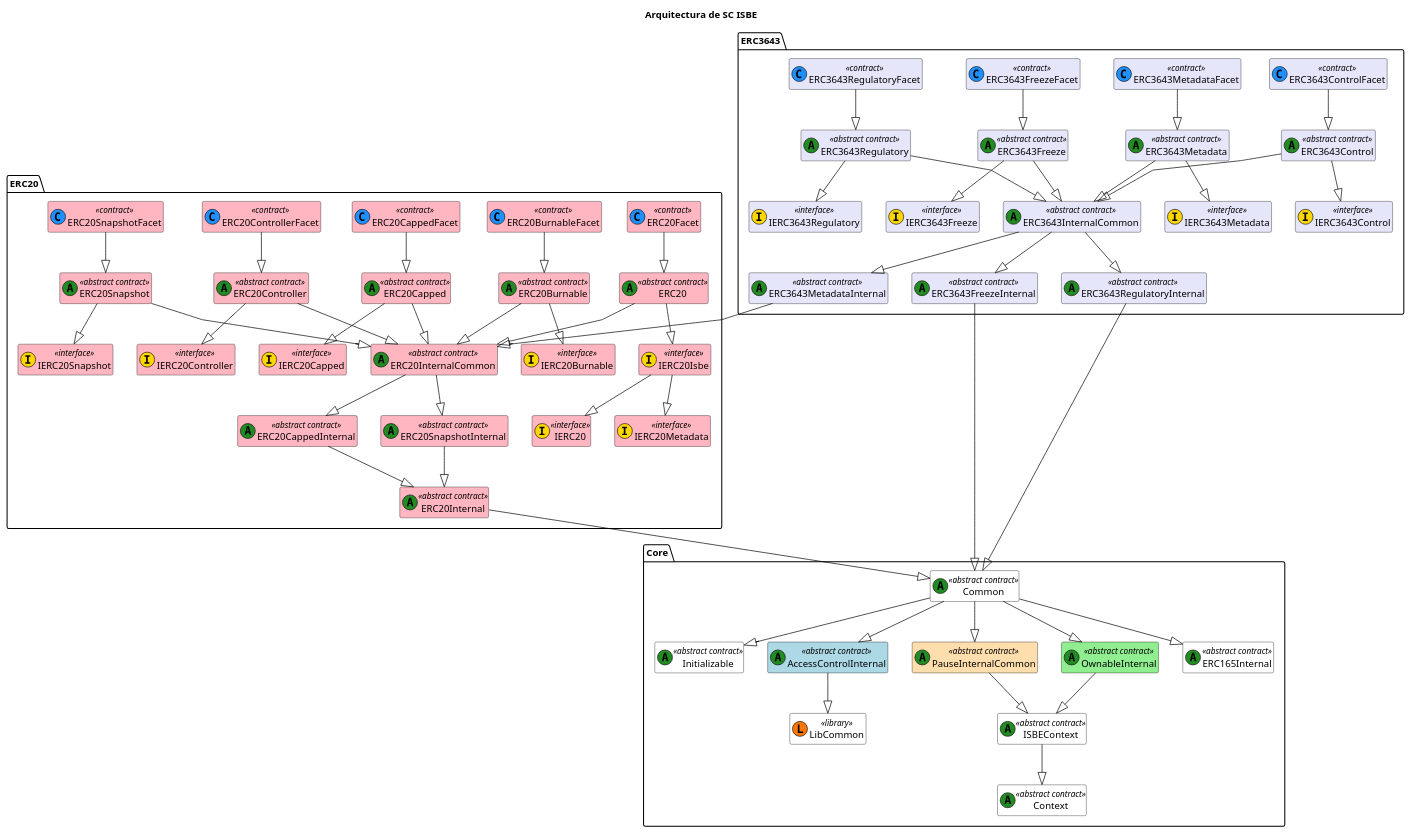
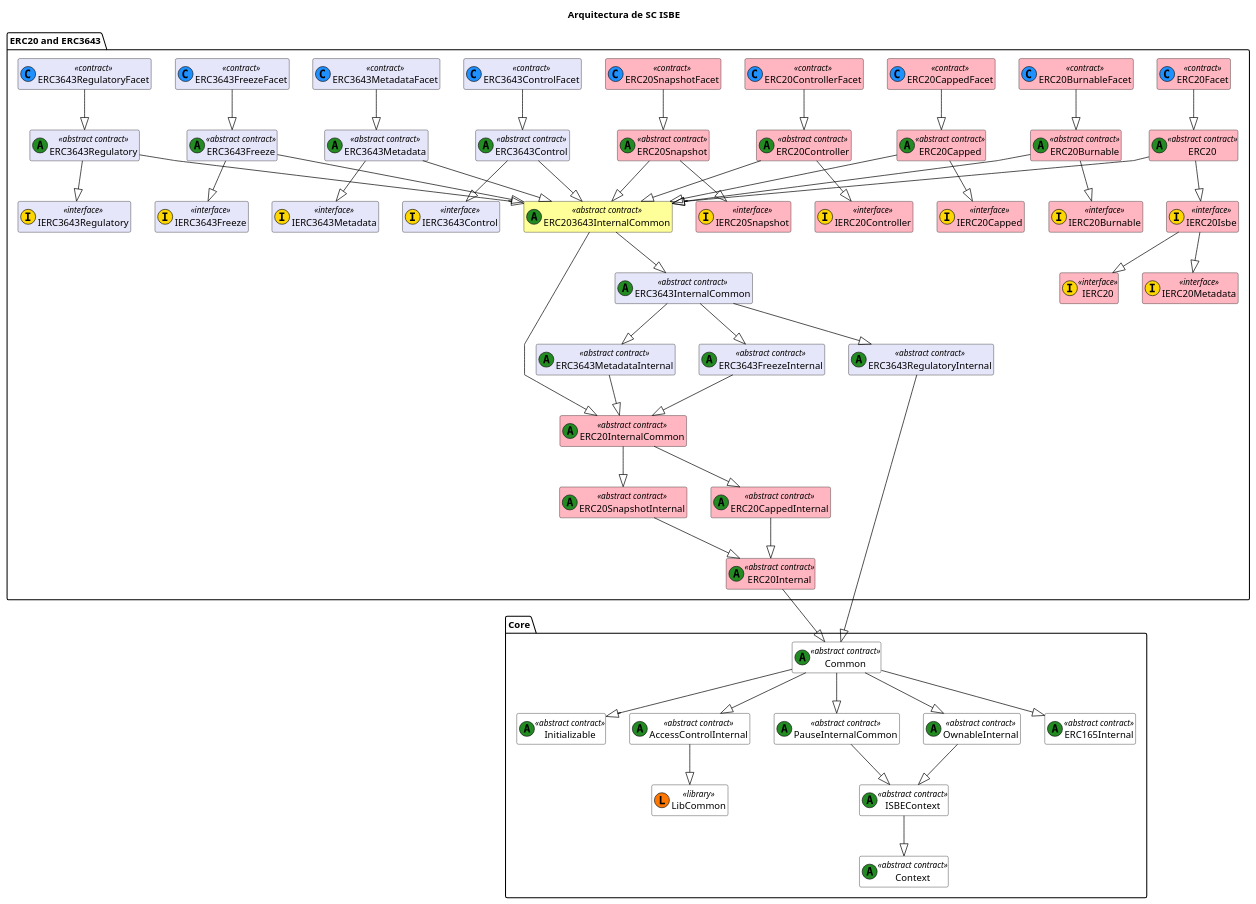
The diagram in docs/diagrams/ISBE-SC-UML-Global-Functional_3.puml (red-isbe/isbe-contracts), drawn with PlantUML before and after one commit. The commit also changed 10 other files, not shown here.

Commit message:
Crear erc203643InternalCommon y apuntar todos los externos del erc20 y erc3643 a el, en lugar de a su propio internalcommon

```diff
--- a/docs/diagrams/ISBE-SC-UML-Global-Functional_3.puml
+++ b/docs/diagrams/ISBE-SC-UML-Global-Functional_3.puml
@@ -1,146 +1,154 @@
 @startuml
 title Arquitectura de SC ISBE
 
 skinparam class {
     BackgroundColor White
     ArrowColor Black
     BorderColor Black
 }
 skinparam linetype polyline
 hide empty members
 
 ' === CORE ===
 package "Core" {
     class Initializable <<(A,#228b22) abstract contract>>
     class Common <<(A,#228b22) abstract contract>>
     class LibCommon << (L,#FF7700) library >>
     class ISBEContext <<(A,#228b22) abstract contract>>
-    class AccessControlInternal <<(A,#228b22) abstract contract>> #lightblue
-    class PauseInternalCommon <<(A,#228b22) abstract contract>> #FFDEAD
-    class OwnableInternal <<(A,#228b22) abstract contract>> #lightgreen
+    class AccessControlInternal <<(A,#228b22) abstract contract>> 
+    class PauseInternalCommon <<(A,#228b22) abstract contract>> 
+    class OwnableInternal <<(A,#228b22) abstract contract>> 
     class ERC165Internal <<(A,#228b22) abstract contract>>
     class Context <<(A,#228b22) abstract contract>>
 
     Common --|> Initializable
     Common --|> ERC165Internal
     Common --|> AccessControlInternal
     Common --|> OwnableInternal
     Common --|> PauseInternalCommon
     PauseInternalCommon --|> ISBEContext
     OwnableInternal --|> ISBEContext
     ISBEContext --|> Context
     AccessControlInternal --|> LibCommon
 }
 
 
-' === ERC20 ===
-package "ERC20" {
+
+
+' === ERC20 and ERC3643 ===
+package "ERC20 and ERC3643" {
     class IERC20 <<(I,#FFD700) interface>> #FFB6C1
     class IERC20Metadata <<(I,#FFD700) interface>> #FFB6C1
     class IERC20Isbe <<(I,#FFD700) interface>> #FFB6C1
     class IERC20Burnable <<(I,#FFD700) interface>> #FFB6C1
     class IERC20Capped <<(I,#FFD700) interface>> #FFB6C1
     class IERC20Controller <<(I,#FFD700) interface>> #FFB6C1
     class IERC20Snapshot <<(I,#FFD700) interface>> #FFB6C1
 
     class ERC20 <<(A,#228B22) abstract contract>> #FFB6C1
     class ERC20Facet <<(C,#1E90FF) contract>> #FFB6C1
     class ERC20Internal <<(A,#228B22) abstract contract>> #FFB6C1
     class ERC20InternalCommon <<(A,#228B22) abstract contract>> #FFB6C1
 
     class ERC20Burnable <<(A,#228B22) abstract contract>> #FFB6C1
     class ERC20BurnableFacet <<(C,#1E90FF) contract>> #FFB6C1
 
     class ERC20Capped <<(A,#228B22) abstract contract>> #FFB6C1
     class ERC20CappedFacet <<(C,#1E90FF) contract>> #FFB6C1
     class ERC20CappedInternal <<(A,#228B22) abstract contract>> #FFB6C1
 
     class ERC20Controller <<(A,#228B22) abstract contract>> #FFB6C1
     class ERC20ControllerFacet <<(C,#1E90FF) contract>> #FFB6C1
 
     class ERC20Snapshot <<(A,#228B22) abstract contract>> #FFB6C1
     class ERC20SnapshotFacet <<(C,#1E90FF) contract>> #FFB6C1
     class ERC20SnapshotInternal <<(A,#228B22) abstract contract>> #FFB6C1
 
     ERC20 --|> IERC20Isbe
     IERC20Isbe --|> IERC20
     IERC20Isbe --|> IERC20Metadata
-    ERC20 --|> ERC20InternalCommon
+    
     ERC20InternalCommon --|> ERC20SnapshotInternal
     ERC20InternalCommon --|> ERC20CappedInternal
     ERC20Internal --|> Common
     ERC20Facet --|> ERC20
 
     ERC20Burnable --|> IERC20Burnable
-    ERC20Burnable --|> ERC20InternalCommon
     ERC20BurnableFacet --|> ERC20Burnable
 
     ERC20Capped --|> IERC20Capped
-    ERC20Capped --|> ERC20InternalCommon
     ERC20CappedFacet --|> ERC20Capped
     ERC20CappedInternal --|> ERC20Internal
 
     ERC20Controller --|> IERC20Controller
-    ERC20Controller --|> ERC20InternalCommon
     ERC20ControllerFacet --|> ERC20Controller
 
     ERC20Snapshot --|> IERC20Snapshot
-    ERC20Snapshot --|> ERC20InternalCommon
     ERC20SnapshotFacet --|> ERC20Snapshot
     ERC20SnapshotInternal --|> ERC20Internal
-}
 
-' === ERC3643 ===
-package "ERC3643" {
 
     class ERC3643InternalCommon <<(A,#228B22) abstract contract>> #E6E6FA
 
      ' --- Control ---
     class IERC3643Control <<(I,#FFD700) interface>> #E6E6FA
     class ERC3643Control <<(A,#228B22) abstract contract>> #E6E6FA
     class ERC3643ControlFacet <<(C,#1E90FF) contract>> #E6E6FA
 
     ERC3643ControlFacet --|> ERC3643Control
     ERC3643Control --|> IERC3643Control 
-    ERC3643Control --|> ERC3643InternalCommon    
 
     ' --- Metadata ---
     class IERC3643Metadata <<(I,#FFD700) interface>> #E6E6FA
     class ERC3643MetadataInternal <<(A,#228B22) abstract contract>> #E6E6FA
     class ERC3643Metadata <<(A,#228B22) abstract contract>> #E6E6FA
     class ERC3643MetadataFacet <<(C,#1E90FF) contract>> #E6E6FA
 
     ERC3643MetadataFacet --|> ERC3643Metadata 
-    ERC3643Metadata --|> IERC3643Metadata 
-    ERC3643Metadata --|> ERC3643InternalCommon    
+    ERC3643Metadata --|> IERC3643Metadata   
     ERC3643InternalCommon --|> ERC3643MetadataInternal 
     ERC3643MetadataInternal --|> ERC20InternalCommon 
 
 
     ' --- Freeze ---
     class IERC3643Freeze <<(I,#FFD700) interface>> #E6E6FA
     class ERC3643FreezeInternal <<(A,#228B22) abstract contract>> #E6E6FA
     class ERC3643Freeze <<(A,#228B22) abstract contract>> #E6E6FA
     class ERC3643FreezeFacet <<(C,#1E90FF) contract>> #E6E6FA
 
     ERC3643FreezeFacet --|> ERC3643Freeze
-    ERC3643Freeze --|> IERC3643Freeze
-    ERC3643Freeze --|> ERC3643InternalCommon    
+    ERC3643Freeze --|> IERC3643Freeze  
     ERC3643InternalCommon --|> ERC3643FreezeInternal
-    ERC3643FreezeInternal --|> Common
+    ERC3643FreezeInternal --|> ERC20InternalCommon 
     
     ' --- Regulatory Infrastructure ---
     class IERC3643Regulatory <<(I,#FFD700) interface>> #E6E6FA
     class ERC3643RegulatoryInternal <<(A,#228B22) abstract contract>> #E6E6FA
     class ERC3643Regulatory <<(A,#228B22) abstract contract>> #E6E6FA
     class ERC3643RegulatoryFacet <<(C,#1E90FF) contract>> #E6E6FA
     
     ERC3643RegulatoryFacet --|> ERC3643Regulatory
-    ERC3643Regulatory --|> IERC3643Regulatory
-    ERC3643Regulatory --|> ERC3643InternalCommon    
+    ERC3643Regulatory --|> IERC3643Regulatory   
     ERC3643InternalCommon --|> ERC3643RegulatoryInternal
     ERC3643RegulatoryInternal --|> Common
 
     
+
+    ' --- ERC203643 Internal Common ---
+    class ERC203643InternalCommon <<(A,#228B22) abstract contract>> #FFFF99
+    ERC203643InternalCommon --|> ERC3643InternalCommon
+    ERC203643InternalCommon --|> ERC20InternalCommon
+    
+    ERC3643Control --|> ERC203643InternalCommon
+    ERC3643Metadata --|> ERC203643InternalCommon
+    ERC3643Regulatory --|> ERC203643InternalCommon
+    ERC3643Freeze --|> ERC203643InternalCommon
+
+    ERC20 --|> ERC203643InternalCommon
+    ERC20Burnable --|> ERC203643InternalCommon
+    ERC20Capped --|> ERC203643InternalCommon
+    ERC20Controller --|> ERC203643InternalCommon
+    ERC20Snapshot --|> ERC203643InternalCommon
+
 }
 @enduml
```
